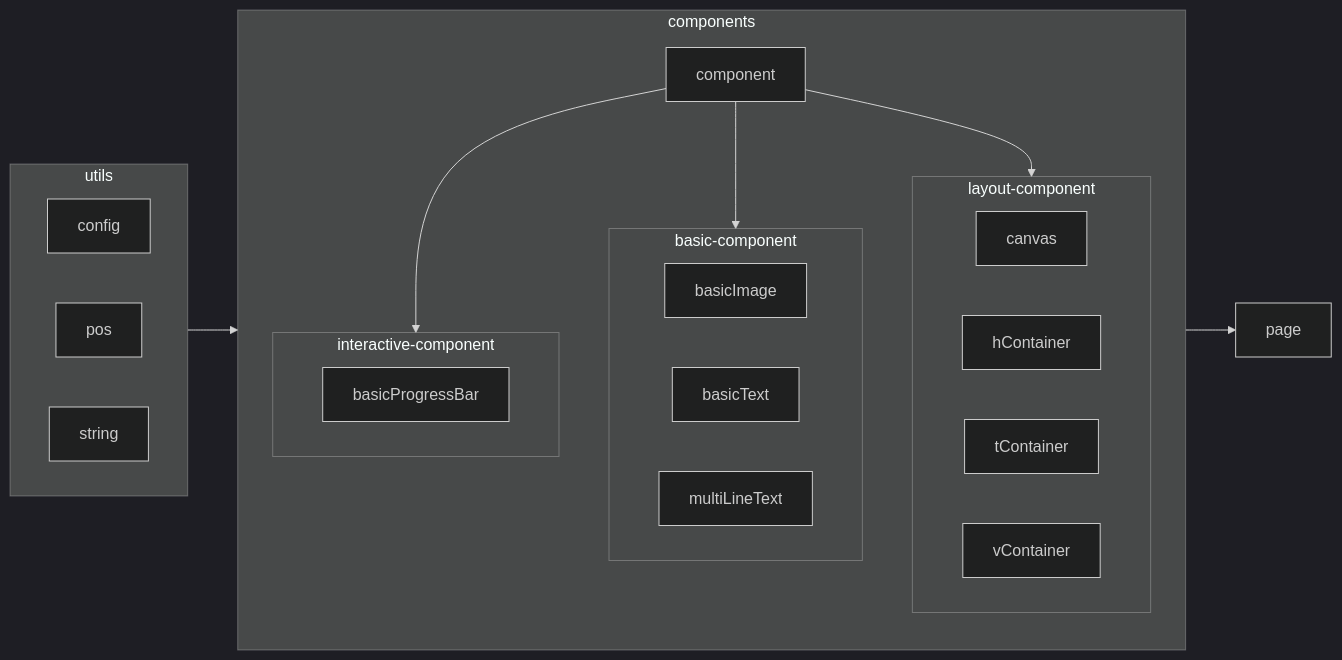
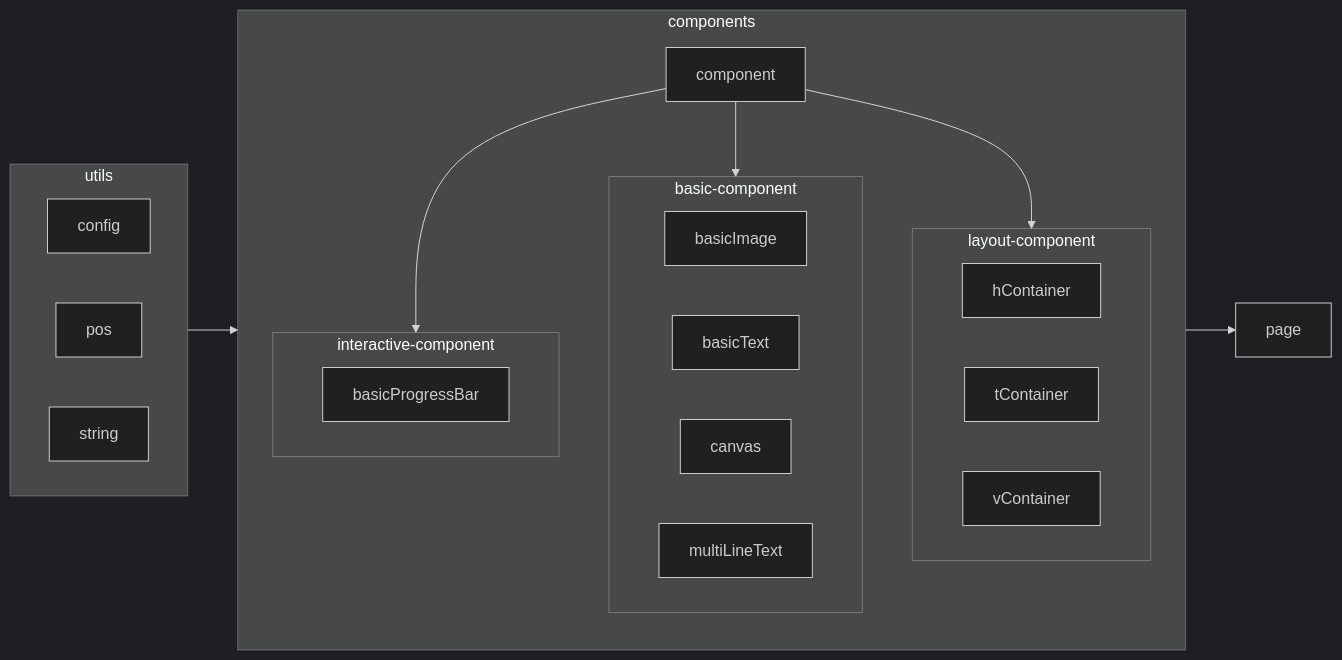
The diagram in README.md (jimmy-sketch/chen_cppcguilib), drawn with Mermaid (dark theme) before and after one commit. The commit also changed other lines of this file and 2 other files, not shown here.

````diff
--- a/README.md
+++ b/README.md
@@ -27,37 +27,37 @@
 ```mermaid 
 graph LR
     subgraph utils
         direction LR
         config
         pos
         string
     end
     utils --> components
 
     subgraph components
         direction TB
         component --> basic-component
         component --> layout-component
         component --> interactive-component
         
         subgraph basic-component
             direction LR
             basicImage
             basicText
+            canvas
             multiLineText
         end
         subgraph layout-component
             direction LR
-            canvas
             hContainer
             tContainer
             vContainer
         end
         subgraph interactive-component
             direction LR
             basicProgressBar
         end
     end
 
     components --> page
 ```
````
